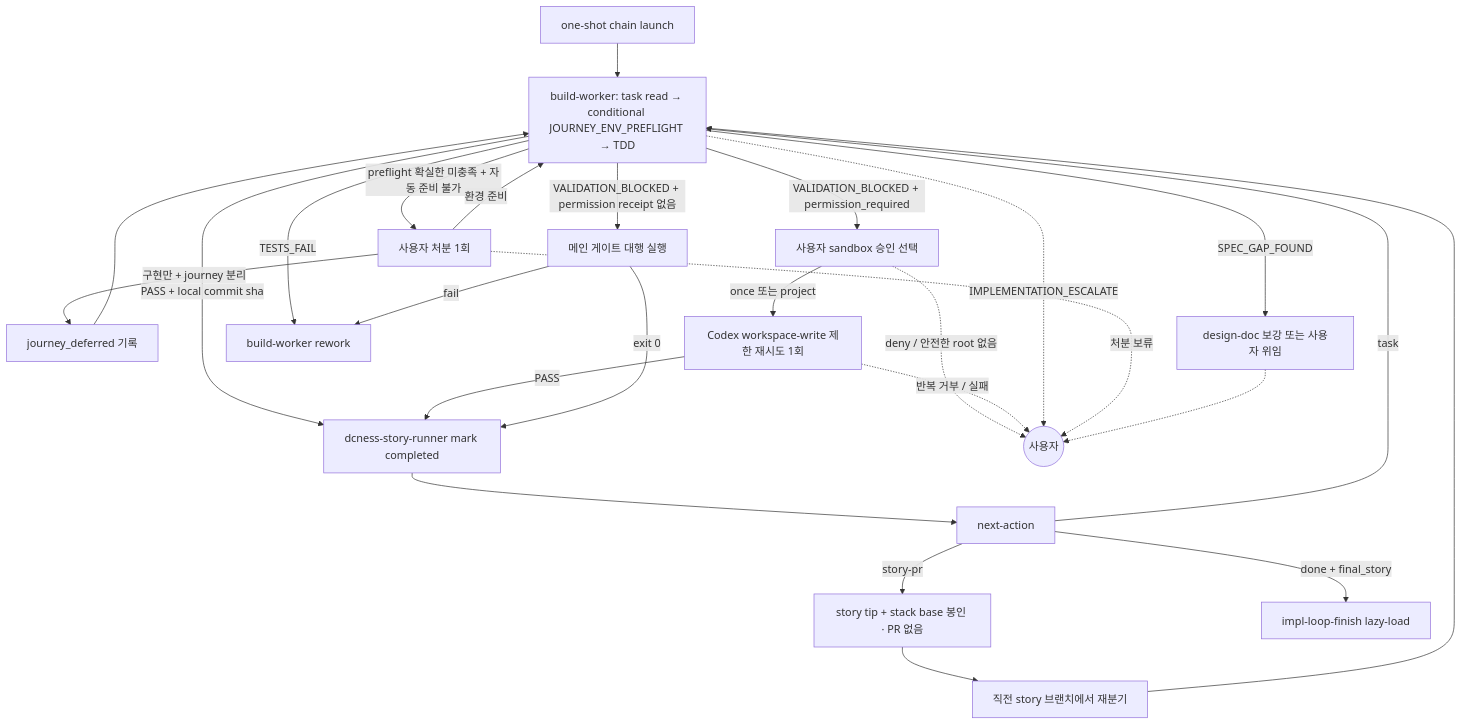
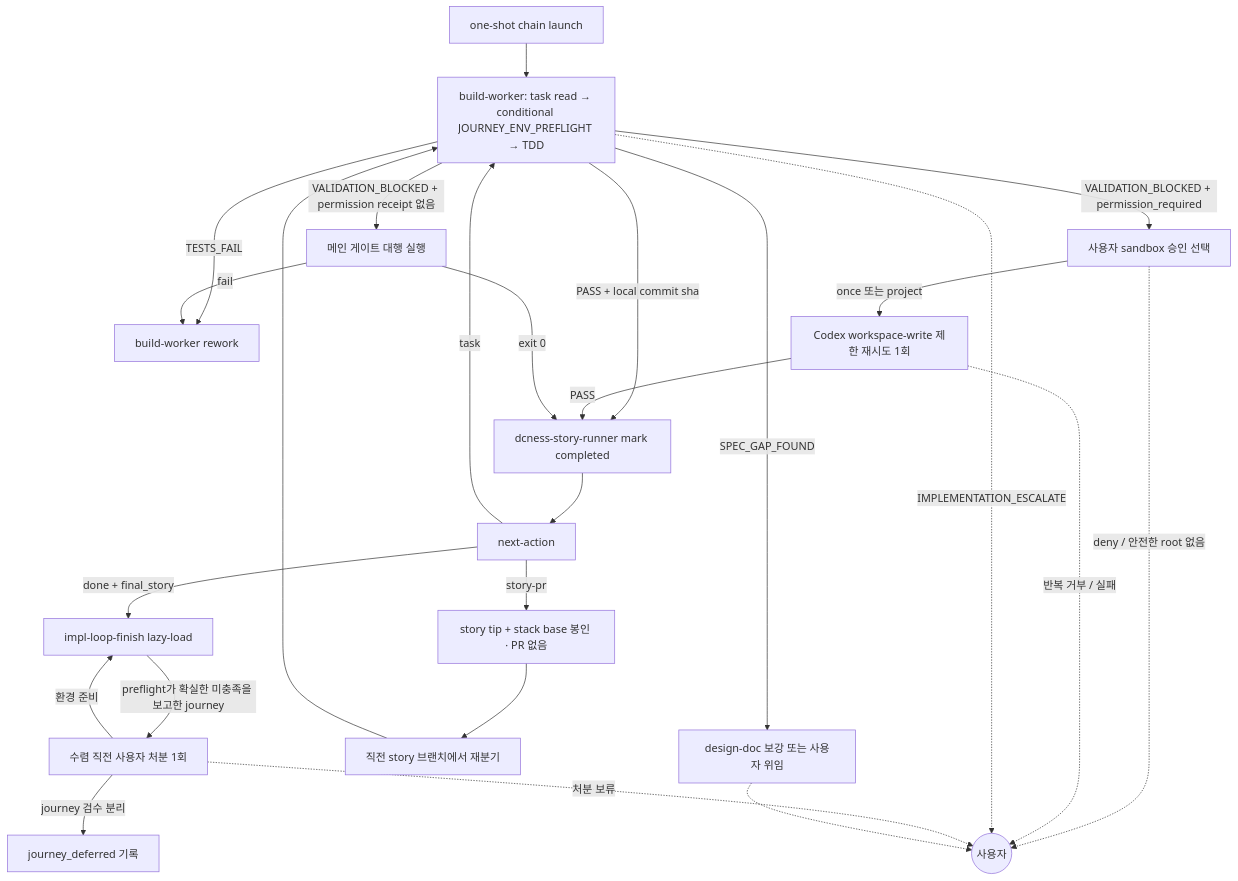
The diagram in skills/impl-loop/impl-loop-routing.md (Daeguk-Sun/dcNess), drawn with Mermaid before and after one commit. The commit also changed other lines of this file and 6 other files, not shown here.

````diff
--- a/skills/impl-loop/impl-loop-routing.md
+++ b/skills/impl-loop/impl-loop-routing.md
@@ -14,28 +14,27 @@
 ```mermaid
 flowchart TB
   START[one-shot chain launch] --> BW[build-worker: task read → conditional JOURNEY_ENV_PREFLIGHT → TDD]
-  BW -->|preflight 확실한 미충족 + 자동 준비 불가| ENVUSER[사용자 처분 1회]
-  ENVUSER -->|환경 준비| BW
-  ENVUSER -->|구현만 + journey 분리| DEFER[journey_deferred 기록]
-  DEFER --> BW
   BW -->|PASS + local commit sha| MARK[dcness-story-runner mark completed]
   BW -->|SPEC_GAP_FOUND| REWORK[design-doc 보강 또는 사용자 위임]
   BW -->|TESTS_FAIL| RETRY[build-worker rework]
   BW -->|VALIDATION_BLOCKED + permission_required| APPROVAL[사용자 sandbox 승인 선택]
   APPROVAL -->|once 또는 project| PRETRY[Codex workspace-write 제한 재시도 1회]
   APPROVAL -.->|deny / 안전한 root 없음| USER
   PRETRY -->|PASS| MARK
   PRETRY -.->|반복 거부 / 실패| USER
   BW -->|VALIDATION_BLOCKED + permission receipt 없음| GATE[메인 게이트 대행 실행]
   GATE -->|exit 0| MARK
   GATE -->|fail| RETRY
   MARK --> NEXT[next-action]
   NEXT -->|task| BW
   NEXT -->|story-pr| SPR[story tip + stack base 봉인 · PR 없음]
   SPR --> REBRANCH[직전 story 브랜치에서 재분기]
   REBRANCH --> BW
   NEXT -->|done + final_story| FINISH[impl-loop-finish lazy-load]
+  FINISH -->|preflight가 확실한 미충족을 보고한 journey| ENVUSER[수렴 직전 사용자 처분 1회]
+  ENVUSER -->|환경 준비| FINISH
+  ENVUSER -->|journey 검수 분리| DEFER[journey_deferred 기록]
   BW -.->|IMPLEMENTATION_ESCALATE| USER((사용자))
   ENVUSER -.->|처분 보류| USER
   REWORK -.-> USER
 ```
````
